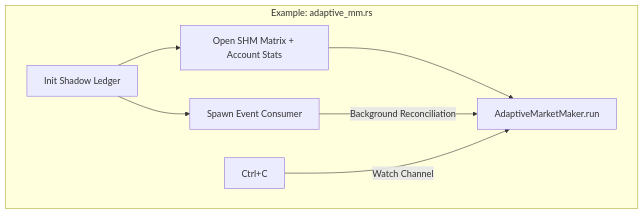
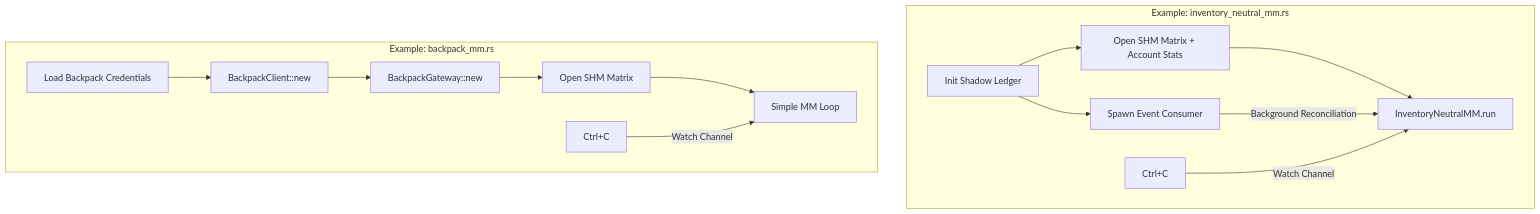
Before and after one commit to AlephTX/aleph-tx: the diagram in examples/CLAUDE.md, drawn with Mermaid. The commit also changed other lines of this file and 3 other files, not shown here.

First line of the commit message:
feat(examples): Add Backpack MM example demonstrating Exchange trait

````diff
--- a/examples/CLAUDE.md
+++ b/examples/CLAUDE.md
@@ -20,10 +21,18 @@
 ```mermaid
 graph TD
-    subgraph "Example: adaptive_mm.rs"
+    subgraph "Example: inventory_neutral_mm.rs"
         INIT[Init Shadow Ledger] --> EC[Spawn Event Consumer]
         INIT --> SHM[Open SHM Matrix + Account Stats]
-        SHM --> AMM[AdaptiveMarketMaker.run]
-        EC -->|Background Reconciliation| AMM
-        CTRLC[Ctrl+C] -->|Watch Channel| AMM
+        SHM --> INMM[InventoryNeutralMM.run]
+        EC -->|Background Reconciliation| INMM
+        CTRLC[Ctrl+C] -->|Watch Channel| INMM
+    end
+
+    subgraph "Example: backpack_mm.rs"
+        BP_INIT[Load Backpack Credentials] --> BP_CLIENT[BackpackClient::new]
+        BP_CLIENT --> BP_GW[BackpackGateway::new]
+        BP_GW --> BP_SHM[Open SHM Matrix]
+        BP_SHM --> BP_LOOP[Simple MM Loop]
+        BP_CTRLC[Ctrl+C] -->|Watch Channel| BP_LOOP
     end
 ```
````
